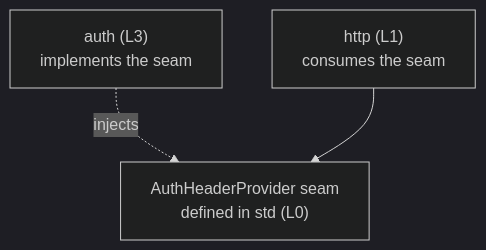
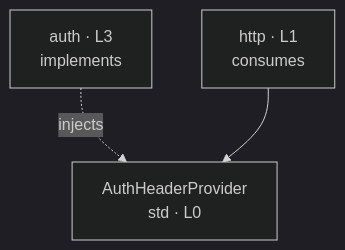
The third of 4 diagrams in docs/architecture.md (kbukum/plainworks), drawn with Mermaid (dark theme) before and after one commit. The commit also changed other lines of this file and 284 other files, not shown here.

````diff
--- a/docs/architecture.md
+++ b/docs/architecture.md
@@ -144,6 +117,5 @@
 ```mermaid
 flowchart TD
-  auth["auth (L3)<br/>implements the seam"] -. injects .-> seam
-  seam["AuthHeaderProvider seam<br/>defined in std (L0)"]
-  http["http (L1)<br/>consumes the seam"] --> seam
+  auth["auth · L3<br/>implements"] -. injects .-> seam["AuthHeaderProvider<br/>std · L0"]
+  http["http · L1<br/>consumes"] --> seam
 ```
````
